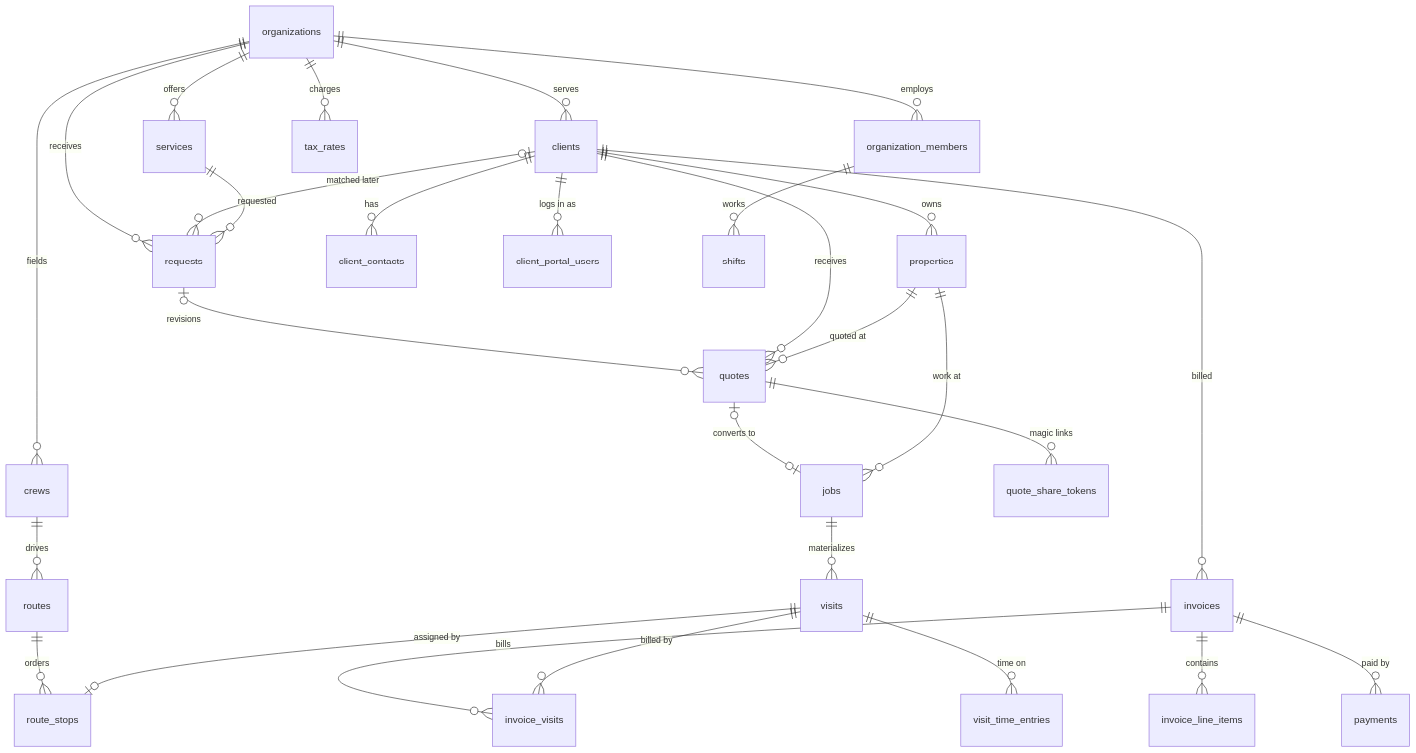
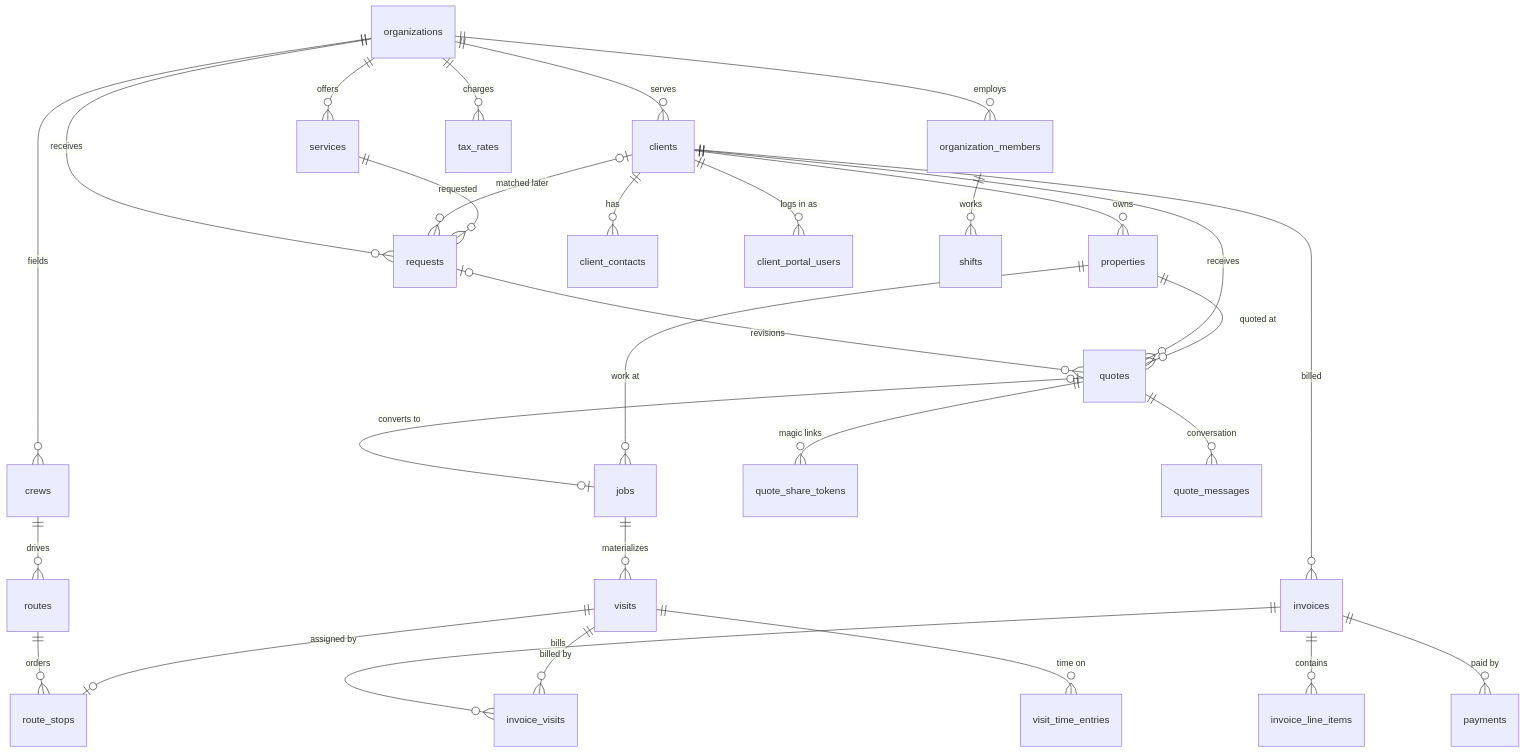
The first of 4 diagrams in docs/database/erd.md (AbsoluteCRM/CRM), drawn with Mermaid before and after one commit. The commit also changed other lines of this file and 9 other files, not shown here.

Commit message:
Prepare quote conversation schema and verification records

````diff
--- a/docs/database/erd.md
+++ b/docs/database/erd.md
@@ -10,36 +10,37 @@
 ```mermaid
 erDiagram
     organizations ||--o{ organization_members : employs
     organizations ||--o{ clients : serves
     organizations ||--o{ crews : fields
     organizations ||--o{ services : offers
     organizations ||--o{ tax_rates : charges
     organizations ||--o{ requests : receives
     clients |o--o{ requests : "matched later"
     services ||--o{ requests : "requested"
     requests |o--o{ quotes : "revisions"
 
     clients ||--o{ properties : owns
     clients ||--o{ client_contacts : has
     clients ||--o{ client_portal_users : "logs in as"
 
     clients ||--o{ quotes : receives
     properties ||--o{ quotes : "quoted at"
     quotes |o--o| jobs : "converts to"
     quotes ||--o{ quote_share_tokens : "magic links"
+    quotes ||--o{ quote_messages : "conversation"
     properties ||--o{ jobs : "work at"
     jobs ||--o{ visits : materializes
 
     crews ||--o{ routes : drives
     routes ||--o{ route_stops : orders
     visits ||--o| route_stops : "assigned by"
 
     clients ||--o{ invoices : billed
     invoices ||--o{ invoice_line_items : contains
     invoices ||--o{ invoice_visits : bills
     visits ||--o{ invoice_visits : "billed by"
     invoices ||--o{ payments : "paid by"
 
     organization_members ||--o{ shifts : works
     visits ||--o{ visit_time_entries : "time on"
 ```
````
